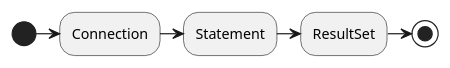
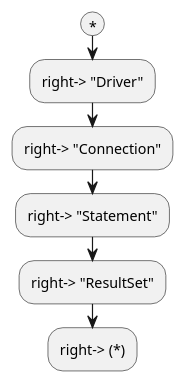
The diagram in assets/jdbc-overview.iuml (htl-leonding-college/jdbc-lecture-notes), drawn with PlantUML before and after one commit.

Commit message:
plant-uml-diagrams for github enabled

```diff
--- a/assets/jdbc-overview.iuml
+++ b/assets/jdbc-overview.iuml
@@ -1,6 +1,8 @@
 @startuml
-(*) -right-> "Connection"
+(*)
+-right-> "Driver"
+-right-> "Connection"
 -right-> "Statement"
 -right-> "ResultSet"
 -right-> (*)
 @enduml
```
